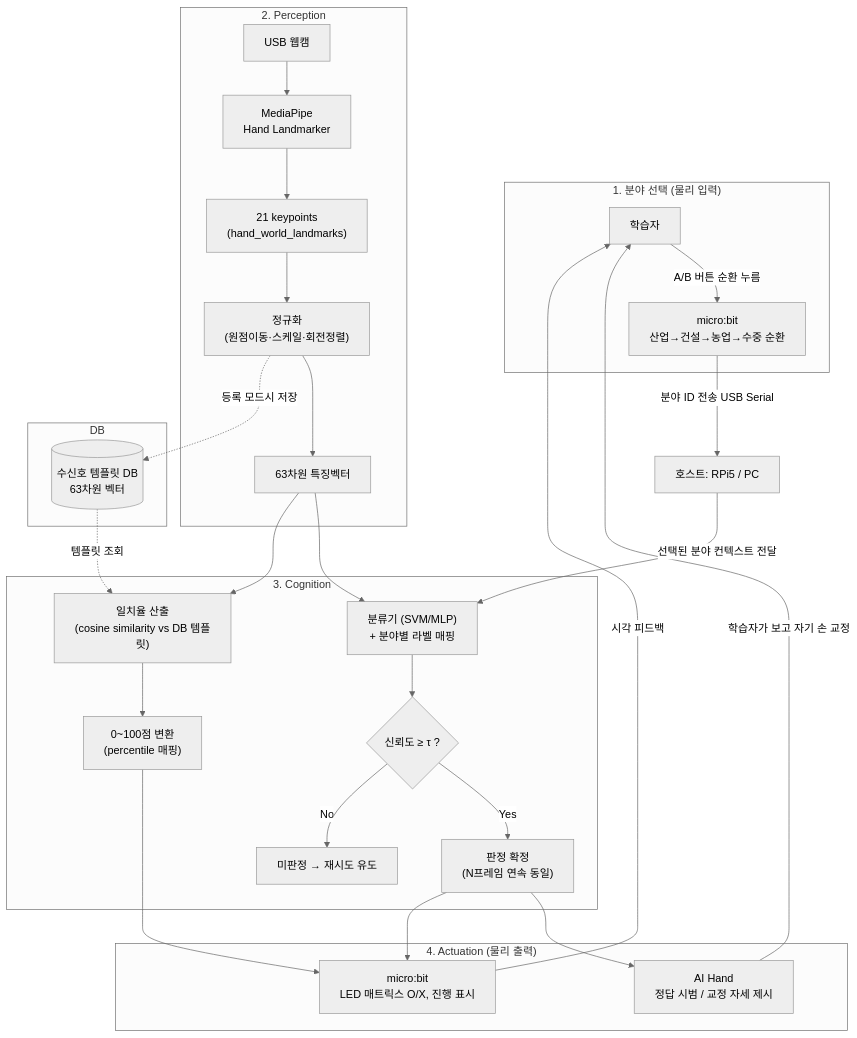
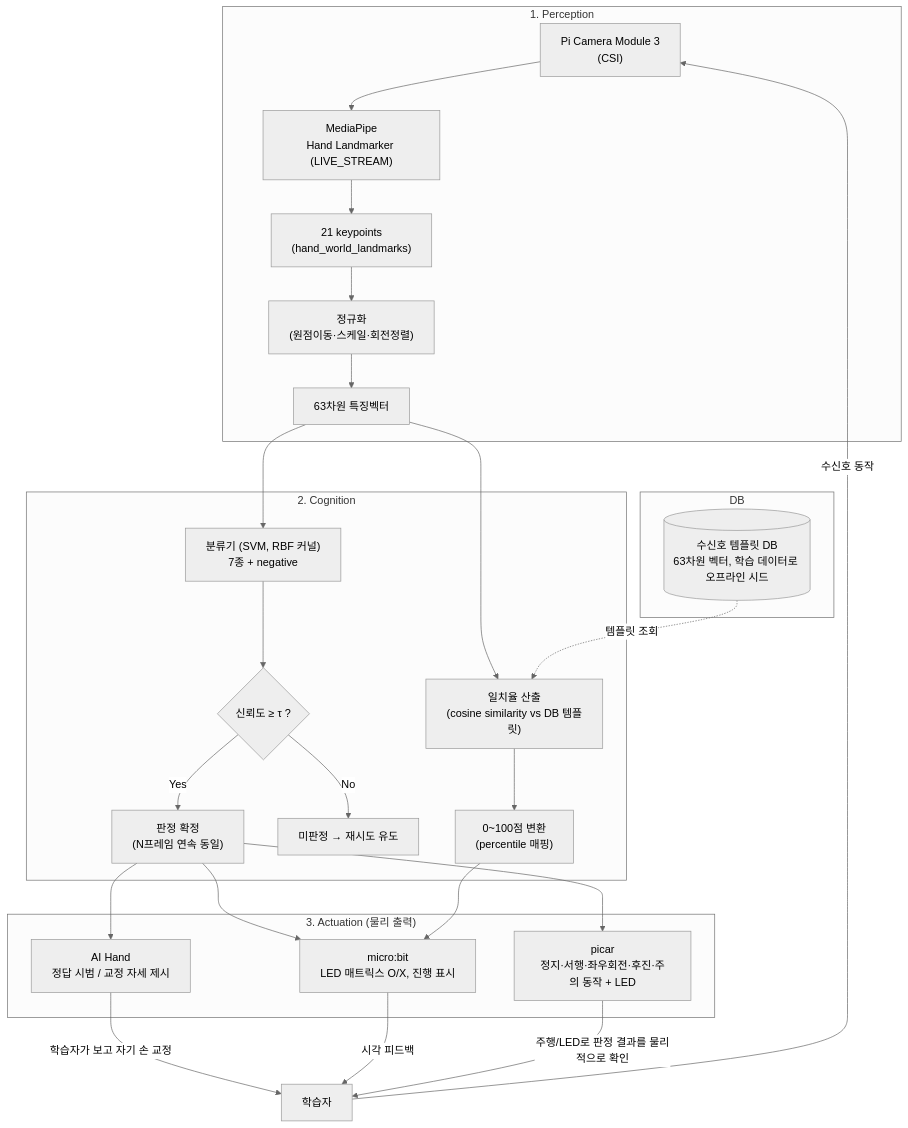
One commit to Lee35678/SafeSign_PhysicalAI changed the diagram in document/시스템_구성도_초안.md. Above: the diagram before and after it, drawn with Mermaid (neutral theme). The commit also changed other lines of this file and 16 other files, not shown here.

````diff
--- a/document/시스템_구성도_초안.md
+++ b/document/시스템_구성도_초안.md
@@ -18,41 +20,35 @@
 ```mermaid
 flowchart TD
-    subgraph INPUT["1. 분야 선택 (물리 입력)"]
-        A[학습자] -->|A/B 버튼 순환 누름| B["micro:bit<br/>산업→건설→농업→수중 순환"]
-    end
-
-    B -->|분야 ID 전송 USB Serial| C[호스트: RPi5 / PC]
-
-    subgraph PERCEPTION["2. Perception"]
-        D[USB 웹캠] --> E["MediaPipe<br/>Hand Landmarker"]
+    subgraph PERCEPTION["1. Perception"]
+        D["Pi Camera Module 3<br/>(CSI)"] --> E["MediaPipe<br/>Hand Landmarker (LIVE_STREAM)"]
         E --> F["21 keypoints<br/>(hand_world_landmarks)"]
         F --> G["정규화<br/>(원점이동·스케일·회전정렬)"]
         G --> H["63차원 특징벡터"]
     end
 
-    C -->|선택된 분야 컨텍스트 전달| I
-
-    subgraph COGNITION["3. Cognition"]
-        H --> I["분류기 (SVM/MLP)<br/>+ 분야별 라벨 매핑"]
+    subgraph COGNITION["2. Cognition"]
+        H --> I["분류기 (SVM, RBF 커널)<br/>7종 + negative"]
         H --> J["일치율 산출<br/>(cosine similarity vs DB 템플릿)"]
         I --> K{"신뢰도 ≥ τ ?"}
         K -->|Yes| L["판정 확정<br/>(N프레임 연속 동일)"]
         K -->|No| M["미판정 → 재시도 유도"]
         J --> N["0~100점 변환<br/>(percentile 매핑)"]
     end
 
     subgraph DB["DB"]
-        O[(수신호 템플릿 DB<br/>63차원 벡터)]
+        O[(수신호 템플릿 DB<br/>63차원 벡터, 학습 데이터로 오프라인 시드)]
     end
-    G -.등록 모드시 저장.-> O
     O -.템플릿 조회.-> J
 
-    subgraph ACTUATION["4. Actuation (물리 출력)"]
+    subgraph ACTUATION["3. Actuation (물리 출력)"]
         L --> P["AI Hand<br/>정답 시범 / 교정 자세 제시"]
         L --> Q["micro:bit<br/>LED 매트릭스 O/X, 진행 표시"]
+        L --> R["picar<br/>정지·서행·좌우회전·후진·주의 동작 + LED"]
         N --> Q
     end
 
+    A[학습자] -->|수신호 동작| D
     P -->|학습자가 보고 자기 손 교정| A
     Q -->|시각 피드백| A
+    R -->|주행/LED로 판정 결과를 물리적으로 확인| A
 ```
````
